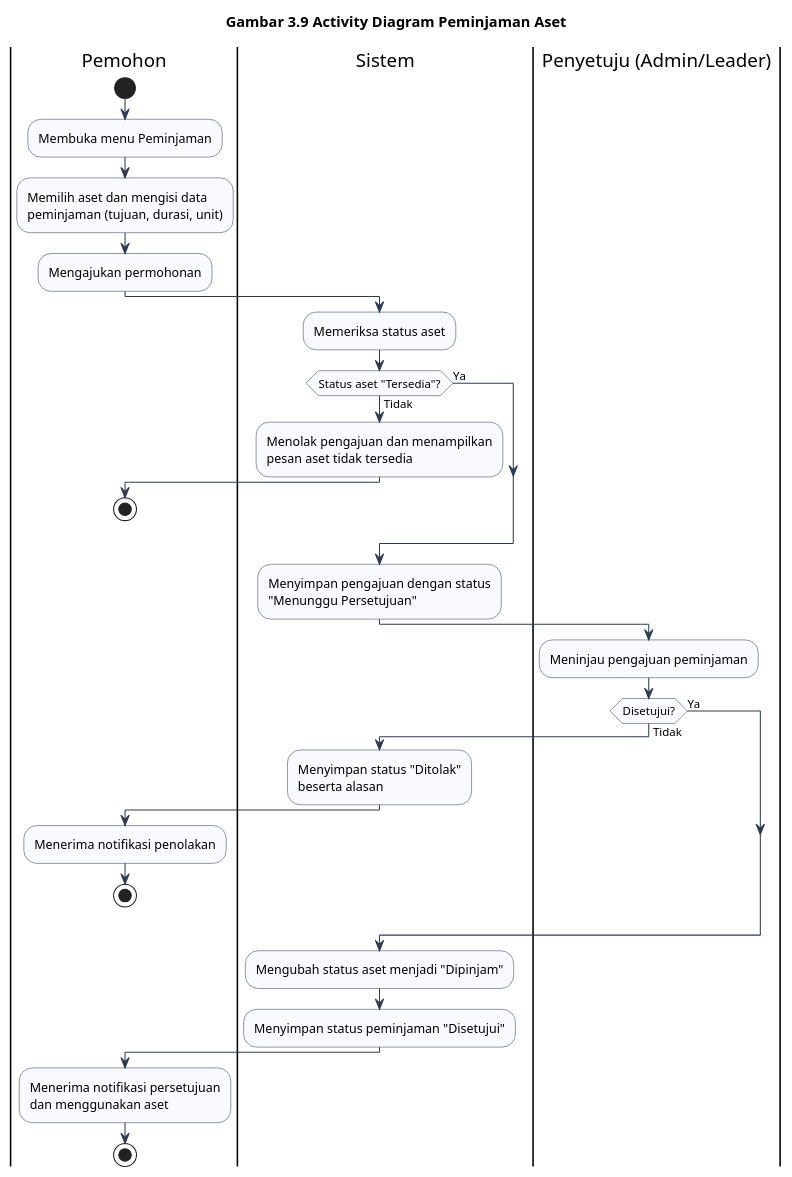
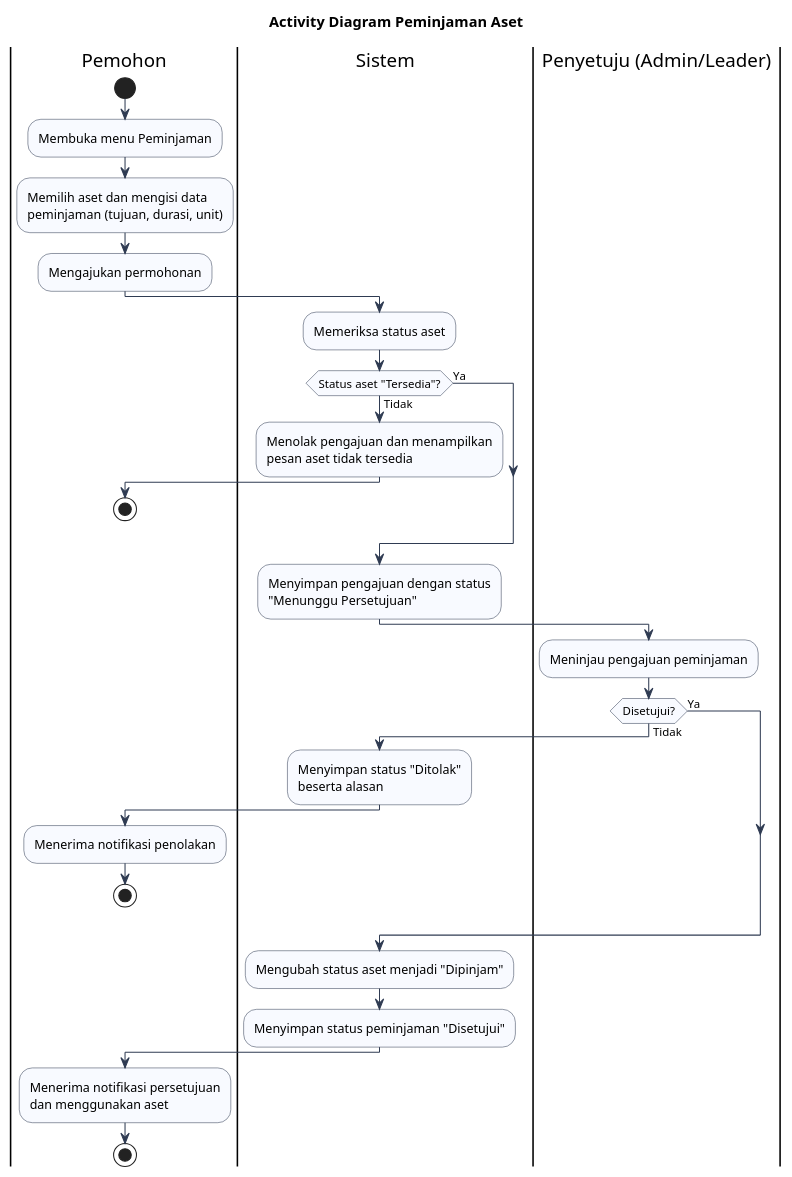
One commit to Abdlhsnu17/sipena.apps changed the diagram in docs/activity/3.9-peminjaman.puml. Above: the diagram before and after it, drawn with PlantUML. The commit also changed 21 other files, not shown here.

Commit message:
docs: ubah judul activity diagram menjadi polos tanpa nomor gambar

```diff
--- a/docs/activity/3.9-peminjaman.puml
+++ b/docs/activity/3.9-peminjaman.puml
@@ -1,53 +1,53 @@
 @startuml
-title Gambar 3.9 Activity Diagram Peminjaman Aset
+title Activity Diagram Peminjaman Aset
 skinparam shadowing false
 skinparam activity {
   BackgroundColor #F8FAFF
   BorderColor #2F3B52
   ArrowColor #2F3B52
   DiamondBackgroundColor #F8FAFF
   DiamondBorderColor #2F3B52
 }
 
 |Pemohon|
 start
 :Membuka menu Peminjaman;
 :Memilih aset dan mengisi data
 peminjaman (tujuan, durasi, unit);
 :Mengajukan permohonan;
 
 |Sistem|
 :Memeriksa status aset;
 if (Status aset "Tersedia"?) then (Tidak)
   :Menolak pengajuan dan menampilkan
   pesan aset tidak tersedia;
   |Pemohon|
   stop
 else (Ya)
 endif
 
 |Sistem|
 :Menyimpan pengajuan dengan status
 "Menunggu Persetujuan";
 
 |Penyetuju (Admin/Leader)|
 :Meninjau pengajuan peminjaman;
 if (Disetujui?) then (Tidak)
   |Sistem|
   :Menyimpan status "Ditolak"
   beserta alasan;
   |Pemohon|
   :Menerima notifikasi penolakan;
   stop
 else (Ya)
 endif
 
 |Sistem|
 :Mengubah status aset menjadi "Dipinjam";
 :Menyimpan status peminjaman "Disetujui";
 
 |Pemohon|
 :Menerima notifikasi persetujuan
 dan menggunakan aset;
 stop
 @enduml
```
